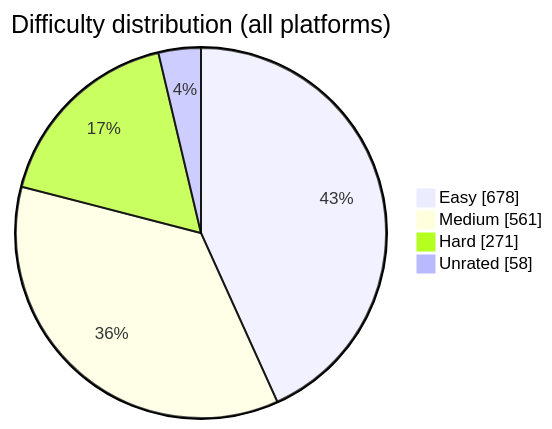
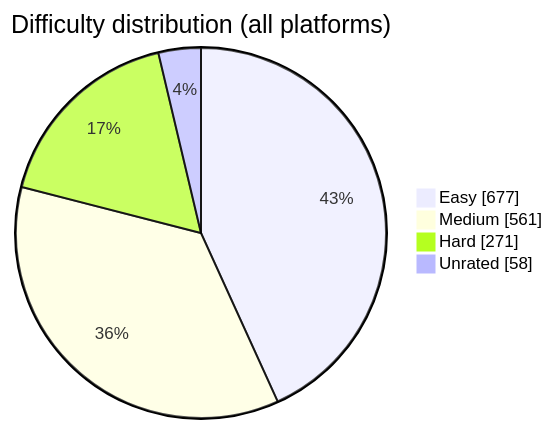
Before and after one commit to BuildbyArindam/Daily-Coding-Log: the diagram in README.md, drawn with Mermaid. The commit also changed other lines of this file, not shown here.

````diff
--- a/README.md
+++ b/README.md
@@ -93,7 +93,7 @@
 ```mermaid
 pie showData title Difficulty distribution (all platforms)
-    "Easy" : 678
+    "Easy" : 677
     "Medium" : 561
     "Hard" : 271
     "Unrated" : 58
 ```
````
